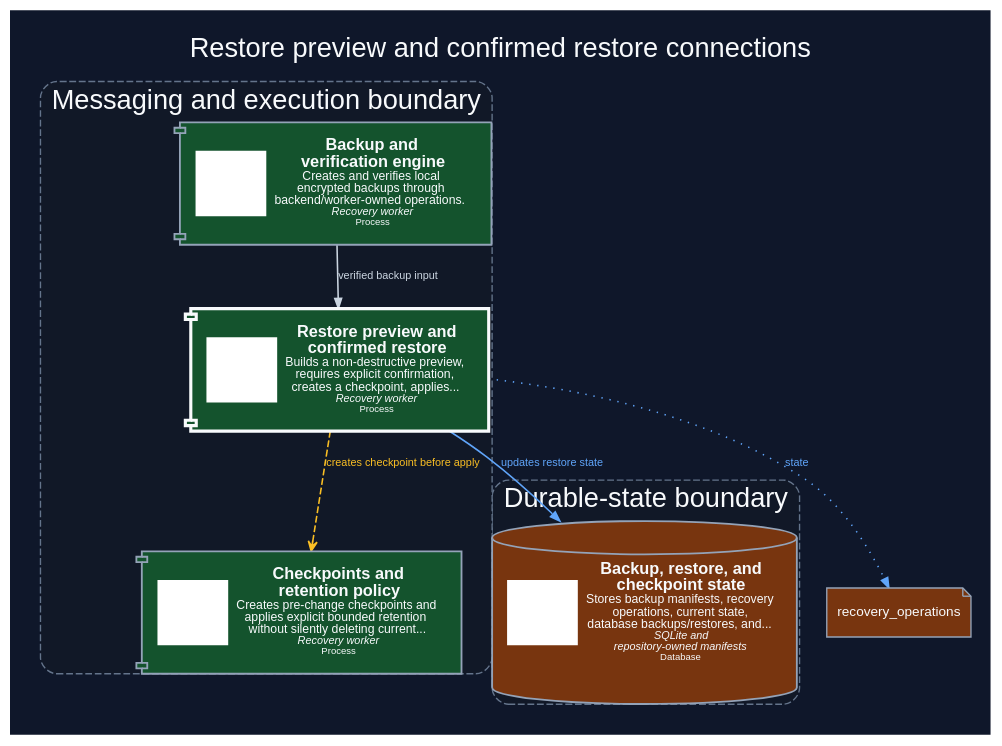
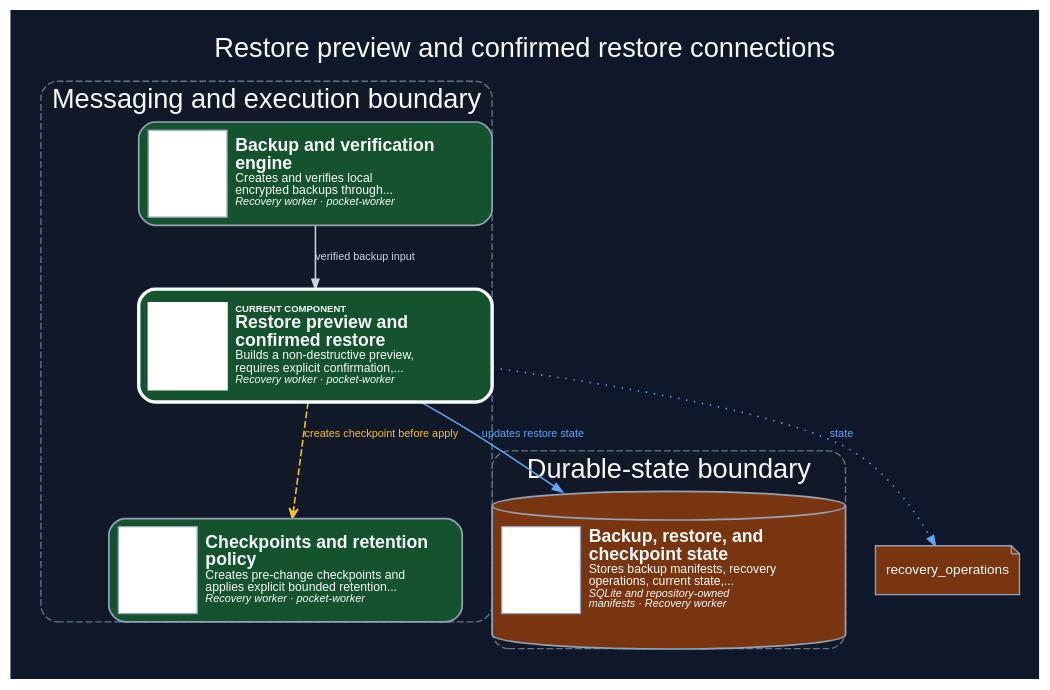
Before and after one commit to dexter-lab-ctrl/pocket-lab-lite: the diagram in docs/assets/diagrams/production/components/restore-preview.dark.dot, drawn with Graphviz. The commit also changed 353 other files, not shown here.

Commit message:
docs: polish architecture diagrams and stabilize validation (#466)

```diff
--- a/docs/assets/diagrams/production/components/restore-preview.dark.dot
+++ b/docs/assets/diagrams/production/components/restore-preview.dark.dot
@@ -1,60 +1,60 @@
 digraph component_restore_preview {
   graph [
     rankdir="TB",
     splines="spline",
     compound="true",
     newrank="true",
     nodesep="0.30",
     ranksep="0.52",
     ratio="compress",
     pad="0.20",
     margin="0",
     outputorder="edgesfirst",
     bgcolor="#0f172a",
     fontcolor="#f8fafc",
     fontname="Arial",
     label="Restore preview and confirmed restore connections",
     labelloc="t",
     fontsize="20"
   ];
   node [
     fontname="Arial",
     fontsize="10",
     color="#94a3b8",
     fontcolor="#f8fafc",
     margin="0.12,0.08"
   ];
   edge [
     fontname="Arial",
     fontsize="8",
     color="#94a3b8",
     fontcolor="#cbd5e1",
     arrowsize="0.72",
     penwidth="1.15"
   ];
   subgraph "cluster_durable-state" {
     label="Durable-state boundary";
     style="rounded,dashed,filled";
     color="#64748b";
     fillcolor="#111827";
     fontcolor="#f8fafc";
     penwidth="1.0";
-    "recovery-state" [label=<<TABLE BORDER="0" CELLBORDER="0" CELLPADDING="4"><TR><TD FIXEDSIZE="TRUE" WIDTH="52" HEIGHT="48" BGCOLOR="#FFFFFF"> </TD><TD ALIGN="LEFT"><FONT POINT-SIZE="12"><B>Backup, restore, and<BR/>checkpoint state</B></FONT><BR/><FONT POINT-SIZE="9">Stores backup manifests, recovery<BR/>operations, current state,<BR/>database backups/restores, and...</FONT><BR/><FONT POINT-SIZE="8"><I>SQLite and<BR/>repository-owned manifests</I></FONT><BR/><FONT POINT-SIZE="7.5">Database</FONT></TD></TR></TABLE>>, shape="cylinder", style="rounded,filled", fillcolor="#78350f", color="#94a3b8", fontcolor="#f8fafc", penwidth="1.35", tooltip="Backup, restore, and checkpoint state. Stores backup manifests, recovery operations, current state, database backups/restores, and restore checkpoints.", URL="../../../../generated/production/architecture/components/recovery-state/", target="_top"];
+    "recovery-state" [label=<<TABLE BORDER="0" CELLBORDER="0" CELLSPACING="0" CELLPADDING="6"><TR><TD FIXEDSIZE="TRUE" WIDTH="58" HEIGHT="64" ALIGN="CENTER" VALIGN="MIDDLE" BORDER="1" BGCOLOR="#FFFFFF" HREF="#PLICON__recovery-state" TITLE="Architecture icon anchor"><FONT POINT-SIZE="1">&#160;</FONT></TD><TD WIDTH="188" ALIGN="LEFT" BALIGN="LEFT" VALIGN="MIDDLE"><FONT POINT-SIZE="13"><B>Backup, restore, and<BR/>checkpoint state</B></FONT><BR/><FONT POINT-SIZE="9">Stores backup manifests, recovery<BR/>operations, current state,...</FONT><BR/><FONT POINT-SIZE="8"><I>SQLite and repository-owned<BR/>manifests · Recovery worker</I></FONT></TD></TR></TABLE>>, shape="cylinder", style="rounded,filled", fillcolor="#78350f", color="#94a3b8", fontcolor="#f8fafc", penwidth="1.25", tooltip="Backup, restore, and checkpoint state. Stores backup manifests, recovery operations, current state, database backups/restores, and restore checkpoints.", URL="../../../../generated/production/architecture/components/recovery-state/", target="_top", margin="0.10,0.08"];
   }
   subgraph "cluster_messaging-execution" {
     label="Messaging and execution boundary";
     style="rounded,dashed,filled";
     color="#64748b";
     fillcolor="#111827";
     fontcolor="#f8fafc";
     penwidth="1.0";
-    "backup-engine" [label=<<TABLE BORDER="0" CELLBORDER="0" CELLPADDING="4"><TR><TD FIXEDSIZE="TRUE" WIDTH="52" HEIGHT="48" BGCOLOR="#FFFFFF"> </TD><TD ALIGN="LEFT"><FONT POINT-SIZE="12"><B>Backup and<BR/>verification engine</B></FONT><BR/><FONT POINT-SIZE="9">Creates and verifies local<BR/>encrypted backups through<BR/>backend/worker-owned operations.</FONT><BR/><FONT POINT-SIZE="8"><I>Recovery worker</I></FONT><BR/><FONT POINT-SIZE="7.5">Process</FONT></TD></TR></TABLE>>, shape="component", style="rounded,filled", fillcolor="#14532d", color="#94a3b8", fontcolor="#f8fafc", penwidth="1.35", tooltip="Backup and verification engine. Creates and verifies local encrypted backups through backend/worker-owned operations.", URL="../../../../generated/production/architecture/components/backup-engine/", target="_top"];
-    "checkpoints-retention" [label=<<TABLE BORDER="0" CELLBORDER="0" CELLPADDING="4"><TR><TD FIXEDSIZE="TRUE" WIDTH="52" HEIGHT="48" BGCOLOR="#FFFFFF"> </TD><TD ALIGN="LEFT"><FONT POINT-SIZE="12"><B>Checkpoints and<BR/>retention policy</B></FONT><BR/><FONT POINT-SIZE="9">Creates pre-change checkpoints and<BR/>applies explicit bounded retention<BR/>without silently deleting current...</FONT><BR/><FONT POINT-SIZE="8"><I>Recovery worker</I></FONT><BR/><FONT POINT-SIZE="7.5">Process</FONT></TD></TR></TABLE>>, shape="component", style="rounded,filled", fillcolor="#14532d", color="#94a3b8", fontcolor="#f8fafc", penwidth="1.35", tooltip="Checkpoints and retention policy. Creates pre-change checkpoints and applies explicit bounded retention without silently deleting current state.", URL="../../../../generated/production/architecture/components/checkpoints-retention/", target="_top"];
-    "restore-preview" [label=<<TABLE BORDER="0" CELLBORDER="0" CELLPADDING="4"><TR><TD FIXEDSIZE="TRUE" WIDTH="52" HEIGHT="48" BGCOLOR="#FFFFFF"> </TD><TD ALIGN="LEFT"><FONT POINT-SIZE="12"><B>Restore preview and<BR/>confirmed restore</B></FONT><BR/><FONT POINT-SIZE="9">Builds a non-destructive preview,<BR/>requires explicit confirmation,<BR/>creates a checkpoint, applies...</FONT><BR/><FONT POINT-SIZE="8"><I>Recovery worker</I></FONT><BR/><FONT POINT-SIZE="7.5">Process</FONT></TD></TR></TABLE>>, shape="component", style="rounded,filled,bold", fillcolor="#14532d", color="#f8fafc", fontcolor="#f8fafc", penwidth="2.3", tooltip="Restore preview and confirmed restore. Builds a non-destructive preview, requires explicit confirmation, creates a checkpoint, applies restore, and validates health.", URL="../../../../generated/production/architecture/components/restore-preview/", target="_top"];
+    "backup-engine" [label=<<TABLE BORDER="0" CELLBORDER="0" CELLSPACING="0" CELLPADDING="6"><TR><TD FIXEDSIZE="TRUE" WIDTH="58" HEIGHT="64" ALIGN="CENTER" VALIGN="MIDDLE" BORDER="1" BGCOLOR="#FFFFFF" HREF="#PLICON__backup-engine" TITLE="Architecture icon anchor"><FONT POINT-SIZE="1">&#160;</FONT></TD><TD WIDTH="188" ALIGN="LEFT" BALIGN="LEFT" VALIGN="MIDDLE"><FONT POINT-SIZE="13"><B>Backup and verification<BR/>engine</B></FONT><BR/><FONT POINT-SIZE="9">Creates and verifies local<BR/>encrypted backups through...</FONT><BR/><FONT POINT-SIZE="8"><I>Recovery worker · pocket-worker</I></FONT></TD></TR></TABLE>>, shape="box", style="rounded,filled", fillcolor="#14532d", color="#94a3b8", fontcolor="#f8fafc", penwidth="1.25", tooltip="Backup and verification engine. Creates and verifies local encrypted backups through backend/worker-owned operations.", URL="../../../../generated/production/architecture/components/backup-engine/", target="_top", margin="0.10,0.08"];
+    "checkpoints-retention" [label=<<TABLE BORDER="0" CELLBORDER="0" CELLSPACING="0" CELLPADDING="6"><TR><TD FIXEDSIZE="TRUE" WIDTH="58" HEIGHT="64" ALIGN="CENTER" VALIGN="MIDDLE" BORDER="1" BGCOLOR="#FFFFFF" HREF="#PLICON__checkpoints-retention" TITLE="Architecture icon anchor"><FONT POINT-SIZE="1">&#160;</FONT></TD><TD WIDTH="188" ALIGN="LEFT" BALIGN="LEFT" VALIGN="MIDDLE"><FONT POINT-SIZE="13"><B>Checkpoints and retention<BR/>policy</B></FONT><BR/><FONT POINT-SIZE="9">Creates pre-change checkpoints and<BR/>applies explicit bounded retention...</FONT><BR/><FONT POINT-SIZE="8"><I>Recovery worker · pocket-worker</I></FONT></TD></TR></TABLE>>, shape="box", style="rounded,filled", fillcolor="#14532d", color="#94a3b8", fontcolor="#f8fafc", penwidth="1.25", tooltip="Checkpoints and retention policy. Creates pre-change checkpoints and applies explicit bounded retention without silently deleting current state.", URL="../../../../generated/production/architecture/components/checkpoints-retention/", target="_top", margin="0.10,0.08"];
+    "restore-preview" [label=<<TABLE BORDER="0" CELLBORDER="0" CELLSPACING="0" CELLPADDING="6"><TR><TD FIXEDSIZE="TRUE" WIDTH="58" HEIGHT="64" ALIGN="CENTER" VALIGN="MIDDLE" BORDER="1" BGCOLOR="#FFFFFF" HREF="#PLICON__restore-preview" TITLE="Architecture icon anchor"><FONT POINT-SIZE="1">&#160;</FONT></TD><TD WIDTH="188" ALIGN="LEFT" BALIGN="LEFT" VALIGN="MIDDLE"><FONT POINT-SIZE="7"><B>CURRENT COMPONENT</B></FONT><BR/><FONT POINT-SIZE="13"><B>Restore preview and<BR/>confirmed restore</B></FONT><BR/><FONT POINT-SIZE="9">Builds a non-destructive preview,<BR/>requires explicit confirmation,...</FONT><BR/><FONT POINT-SIZE="8"><I>Recovery worker · pocket-worker</I></FONT></TD></TR></TABLE>>, shape="box", style="rounded,filled,bold", fillcolor="#14532d", color="#f8fafc", fontcolor="#f8fafc", penwidth="2.5", tooltip="Restore preview and confirmed restore. Builds a non-destructive preview, requires explicit confirmation, creates a checkpoint, applies restore, and validates health.", URL="../../../../generated/production/architecture/components/restore-preview/", target="_top", margin="0.10,0.08"];
   }
   "backup-engine" -> "restore-preview" [label="verified backup input", tooltip="verified backup input (Manifest)", style="solid", arrowhead="normal", color="#cbd5e1", fontcolor="#cbd5e1", penwidth="1.15", arrowsize="0.72"];
   "restore-preview" -> "checkpoints-retention" [label="creates checkpoint before apply", tooltip="creates checkpoint before apply (NATS)", style="dashed", arrowhead="vee", color="#fbbf24", fontcolor="#fbbf24", penwidth="1.15", arrowsize="0.72"];
   "restore-preview" -> "recovery-state" [label="updates restore state", tooltip="updates restore state (SQLite)", style="solid", arrowhead="normal", color="#60a5fa", fontcolor="#60a5fa", penwidth="1.15", arrowsize="0.72"];
   "state_dependency_0" [label="recovery_operations", shape="note", style="filled", fillcolor="#78350f", color="#94a3b8", fontcolor="#f8fafc", tooltip="Durable-state dependency"];
   "restore-preview" -> "state_dependency_0" [label="state", style="dotted", color="#60a5fa", fontcolor="#60a5fa"];
 }
```
